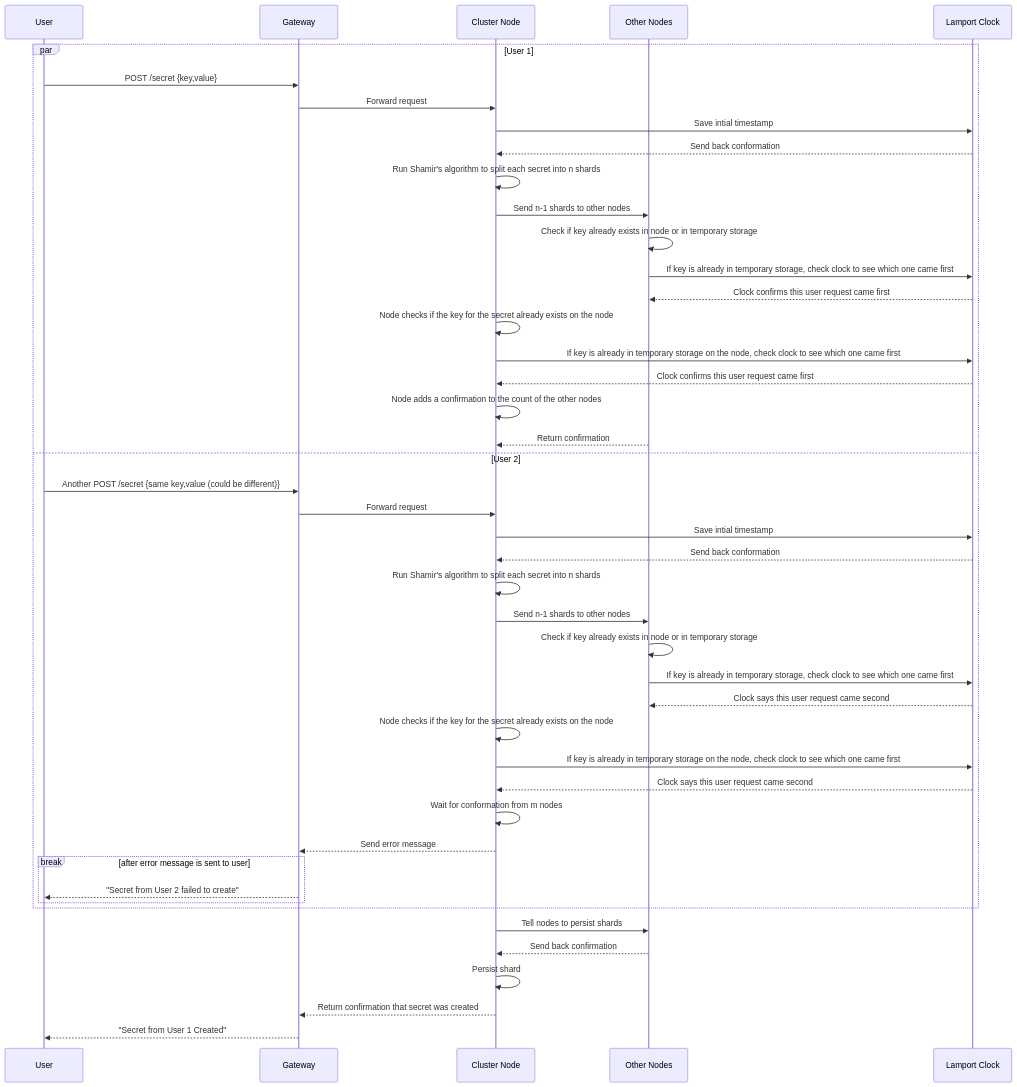
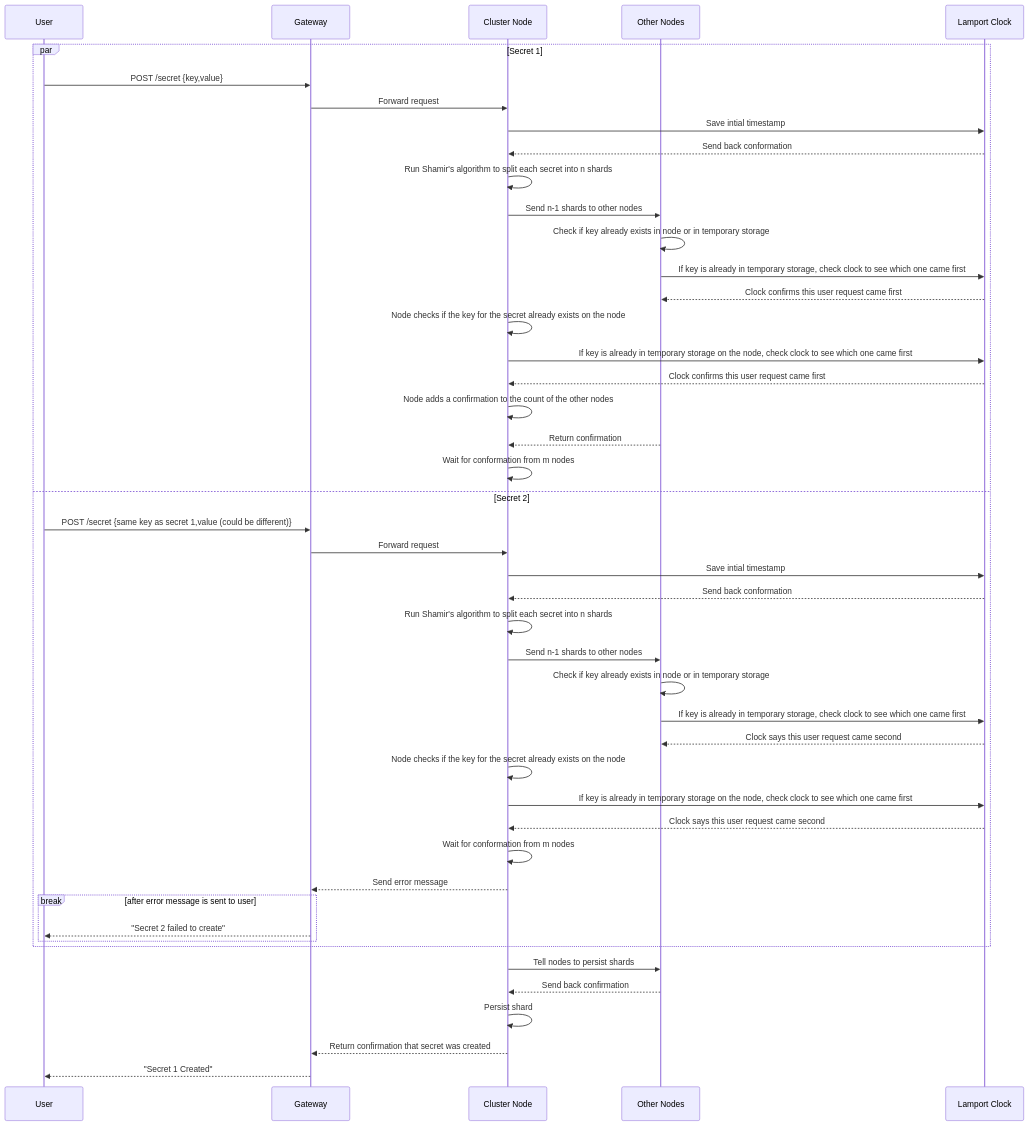
One commit to S26-Distributed-Capstone/DistributedSecretsVault changed the second of 2 diagrams in docs/crud/create.md. Above: the diagram before and after it, drawn with Mermaid. The commit also changed other lines of this file, not shown here.

Commit message:
Small updates

````diff
--- a/docs/crud/create.md
+++ b/docs/crud/create.md
@@ -80,48 +80,49 @@
 ```mermaid
 sequenceDiagram
     participant User
     participant Gateway
     participant Node as Cluster Node
     participant Peers as Other Nodes
     participant Clock as Lamport Clock
 
-    par User 1
+    par Secret 1
       User->>Gateway: POST /secret {key,value}
       Gateway->>Node: Forward request
       Node->>Clock: Save intial timestamp
       Clock-->>Node: Send back conformation
       Node->>Node: Run Shamir's algorithm to split each secret into n shards
       Node->>Peers: Send n-1 shards to other nodes
       Peers->>Peers: Check if key already exists in node or in temporary storage
       Peers->>Clock: If key is already in temporary storage, check clock to see which one came first
       Clock-->>Peers: Clock confirms this user request came first
       Node->>Node: Node checks if the key for the secret already exists on the node
       Node->>Clock: If key is already in temporary storage on the node, check clock to see which one came first
       Clock-->>Node: Clock confirms this user request came first
       Node->>Node: Node adds a confirmation to the count of the other nodes
       Peers-->>Node: Return confirmation
-    and User 2
-      User->>Gateway: Another POST /secret {same key,value (could be different)}
+      Node->>Node: Wait for conformation from m nodes
+    and Secret 2
+      User->>Gateway: POST /secret {same key as secret 1,value (could be different)}
       Gateway->>Node: Forward request
       Node->>Clock: Save intial timestamp
       Clock-->>Node: Send back conformation
       Node->>Node: Run Shamir's algorithm to split each secret into n shards
       Node->>Peers: Send n-1 shards to other nodes
       Peers->>Peers: Check if key already exists in node or in temporary storage
       Peers->>Clock: If key is already in temporary storage, check clock to see which one came first
       Clock-->>Peers: Clock says this user request came second
       Node->>Node: Node checks if the key for the secret already exists on the node
       Node->>Clock: If key is already in temporary storage on the node, check clock to see which one came first
       Clock-->>Node: Clock says this user request came second
       Node->>Node: Wait for conformation from m nodes
       Node-->>Gateway: Send error message
       break after error message is sent to user
-        Gateway-->>User: "Secret from User 2 failed to create"
+        Gateway-->>User: "Secret 2 failed to create"
       end
     end
     Node->>Peers: Tell nodes to persist shards
     Peers-->>Node: Send back confirmation
     Node->>Node: Persist shard
     Node-->>Gateway: Return confirmation that secret was created
-    Gateway-->>User: "Secret from User 1 Created"
+    Gateway-->>User: "Secret 1 Created"
 ```
````
